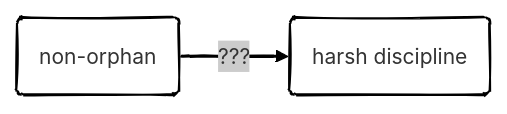
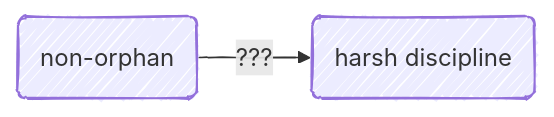
One commit to agrogan1/closeread changed the diagram in orphan/diagrams.md. Above: the diagram before and after it, drawn with Mermaid.

````diff
--- a/orphan/diagrams.md
+++ b/orphan/diagrams.md
@@ -1,9 +1,9 @@
 ```mermaid
 ---
 config:
   look: handDrawn
-  theme: neo
+  theme: default
 ---
 flowchart LR
   nonorphan(non-orphan) --> |"???"| harshdiscipline(harsh discipline)
 ```
````
